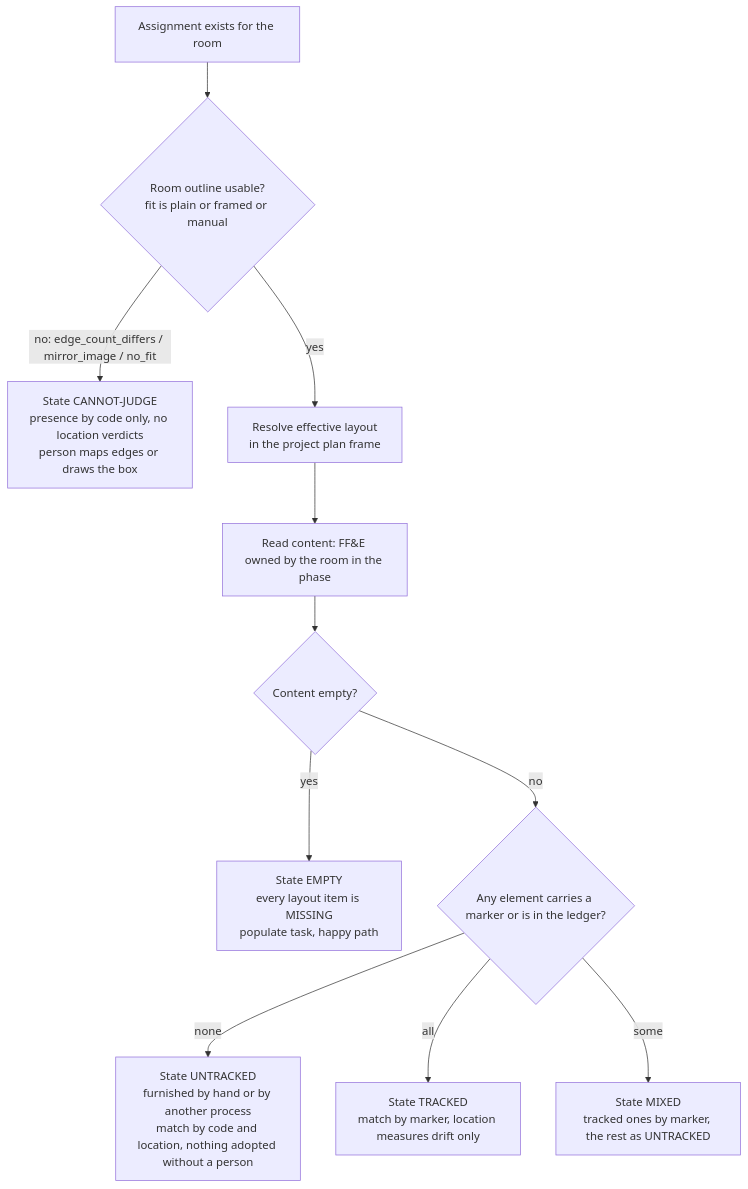
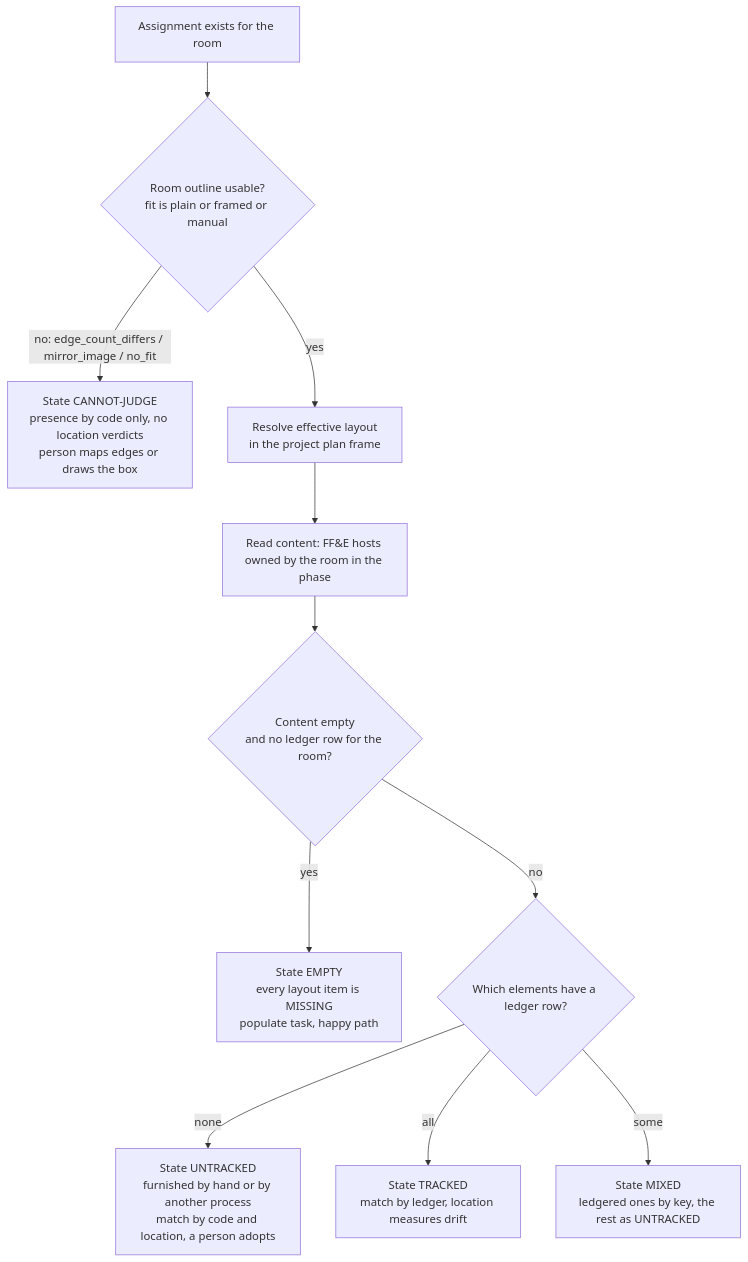
The first of 2 diagrams in docs/PLAN-blueprint-room-state.md (jchristel/room_mate), drawn with Mermaid before and after one commit. The commit also changed other lines of this file, not shown here.

First line of the commit message:
Docs: room-state plan uses a server-side ledger keyed by UniqueId, adds settings and host-only actions

````diff
--- a/docs/PLAN-blueprint-room-state.md
+++ b/docs/PLAN-blueprint-room-state.md
@@ -41,13 +95,13 @@
 ```mermaid
 flowchart TD
   A[Assignment exists for the room] --> B{Room outline usable?<br/>fit is plain or framed or manual}
   B -- no: edge_count_differs / mirror_image / no_fit --> U1[State CANNOT-JUDGE<br/>presence by code only, no location verdicts<br/>person maps edges or draws the box]
   B -- yes --> C[Resolve effective layout<br/>in the project plan frame]
-  C --> D[Read content: FF&E owned by the room in the phase]
-  D --> E{Content empty?}
+  C --> D[Read content: FF&E hosts owned by the room in the phase]
+  D --> E{Content empty<br/>and no ledger row for the room?}
   E -- yes --> S1[State EMPTY<br/>every layout item is MISSING<br/>populate task, happy path]
-  E -- no --> F{Any element carries a marker or is in the ledger?}
-  F -- none --> S2[State UNTRACKED<br/>furnished by hand or by another process<br/>match by code and location, nothing adopted without a person]
-  F -- all --> S3[State TRACKED<br/>match by marker, location measures drift only]
-  F -- some --> S4[State MIXED<br/>tracked ones by marker, the rest as UNTRACKED]
+  E -- no --> F{Which elements have a ledger row?}
+  F -- none --> S2[State UNTRACKED<br/>furnished by hand or by another process<br/>match by code and location, a person adopts]
+  F -- all --> S3[State TRACKED<br/>match by ledger, location measures drift]
+  F -- some --> S4[State MIXED<br/>ledgered ones by key, the rest as UNTRACKED]
 ```
````
